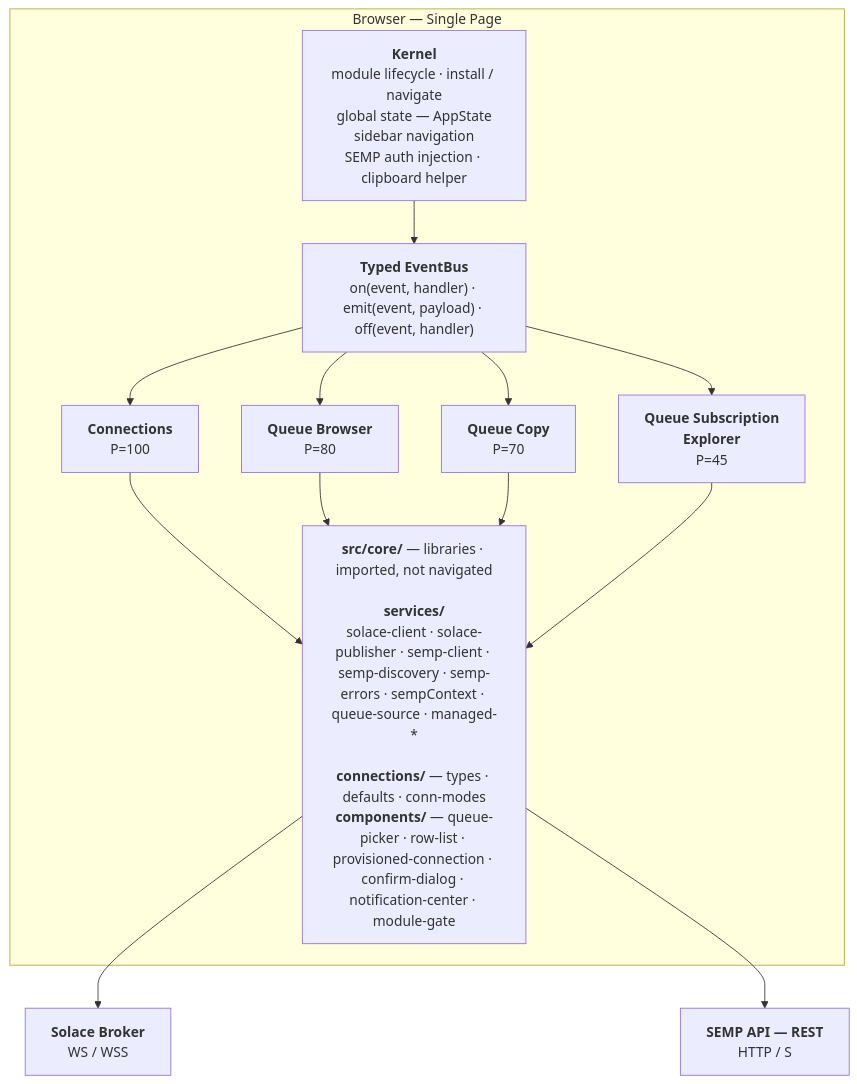
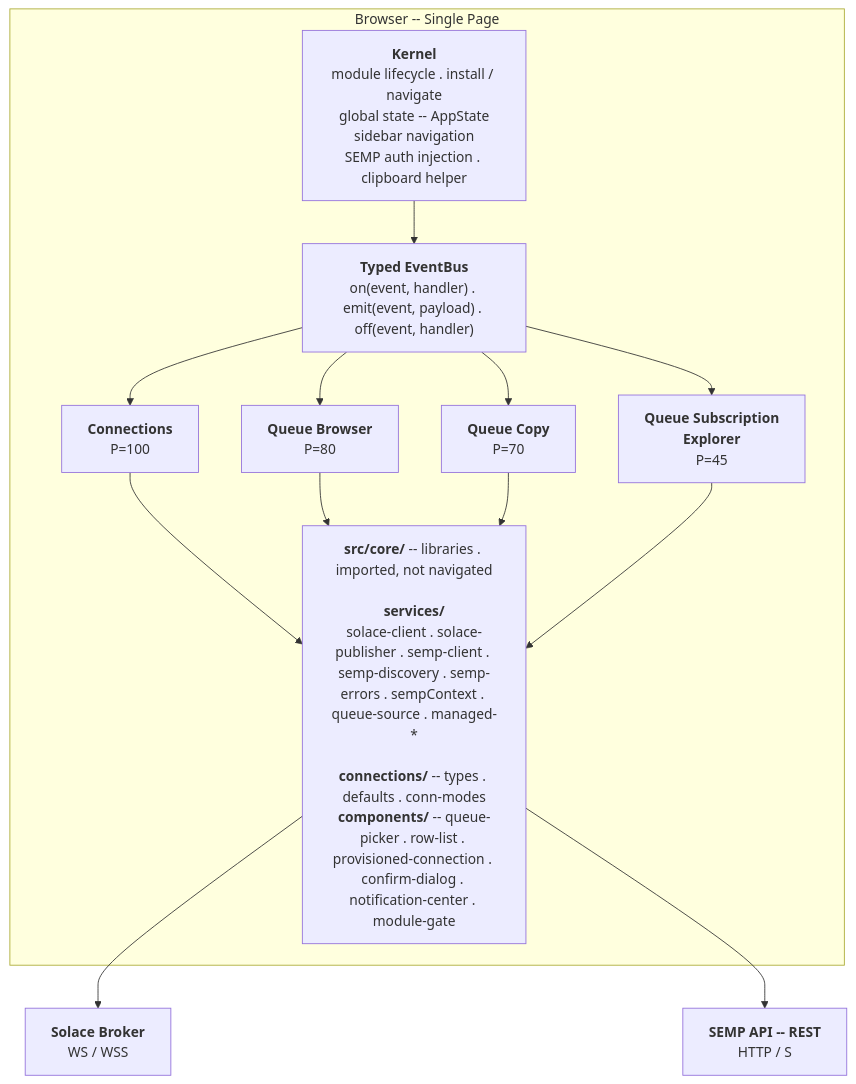
One commit to SolaceLabs/solace-msg-utility changed the first of 5 diagrams in docs/architecture.md. Above: the diagram before and after it, drawn with Mermaid. The commit also changed other lines of this file and 77 other files, not shown here.

````diff
--- a/docs/architecture.md
+++ b/docs/architecture.md
@@ -57,21 +58,21 @@
 ```mermaid
 flowchart TB
-    subgraph browser["Browser — Single Page"]
-        kernel["<b>Kernel</b><br/>module lifecycle · install / navigate<br/>global state — AppState<br/>sidebar navigation<br/>SEMP auth injection · clipboard helper"]
-        bus["<b>Typed EventBus</b><br/>on(event, handler) · emit(event, payload) · off(event, handler)"]
+    subgraph browser["Browser -- Single Page"]
+        kernel["<b>Kernel</b><br/>module lifecycle . install / navigate<br/>global state -- AppState<br/>sidebar navigation<br/>SEMP auth injection . clipboard helper"]
+        bus["<b>Typed EventBus</b><br/>on(event, handler) . emit(event, payload) . off(event, handler)"]
 
         conn["<b>Connections</b><br/>P=100"]
         qb["<b>Queue Browser</b><br/>P=80"]
         qc["<b>Queue Copy</b><br/>P=70"]
         qse["<b>Queue Subscription<br/>Explorer</b><br/>P=45"]
 
-        core["<b>src/core/</b> — libraries · imported, not navigated<br/><br/><b>services/</b><br/>solace-client · solace-publisher · semp-client · semp-discovery · semp-errors · sempContext · queue-source · managed-*<br/><br/><b>connections/</b> — types · defaults · conn-modes<br/><b>components/</b> — queue-picker · row-list · provisioned-connection · confirm-dialog · notification-center · module-gate"]
+        core["<b>src/core/</b> -- libraries . imported, not navigated<br/><br/><b>services/</b><br/>solace-client . solace-publisher . semp-client . semp-discovery . semp-errors . sempContext . queue-source . managed-*<br/><br/><b>connections/</b> -- types . defaults . conn-modes<br/><b>components/</b> -- queue-picker . row-list . provisioned-connection . confirm-dialog . notification-center . module-gate"]
 
         kernel --> bus
         bus --> conn & qb & qc & qse
         conn & qb & qc & qse --> core
     end
 
     core --> broker["<b>Solace Broker</b><br/>WS / WSS"]
-    core --> semp["<b>SEMP API — REST</b><br/>HTTP / S"]
+    core --> semp["<b>SEMP API -- REST</b><br/>HTTP / S"]
 ```
````
